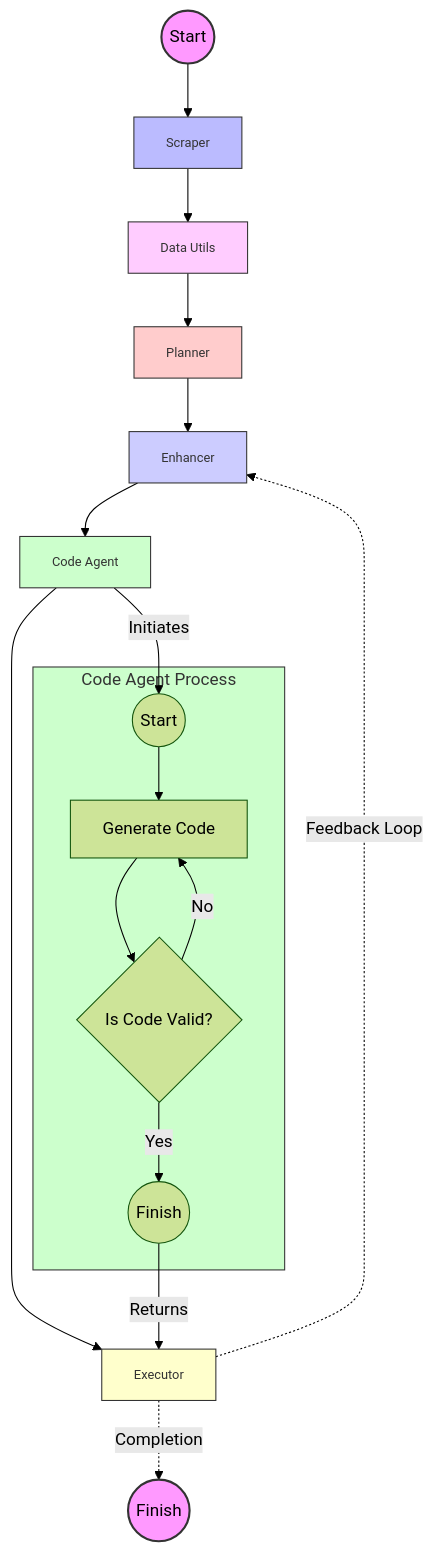
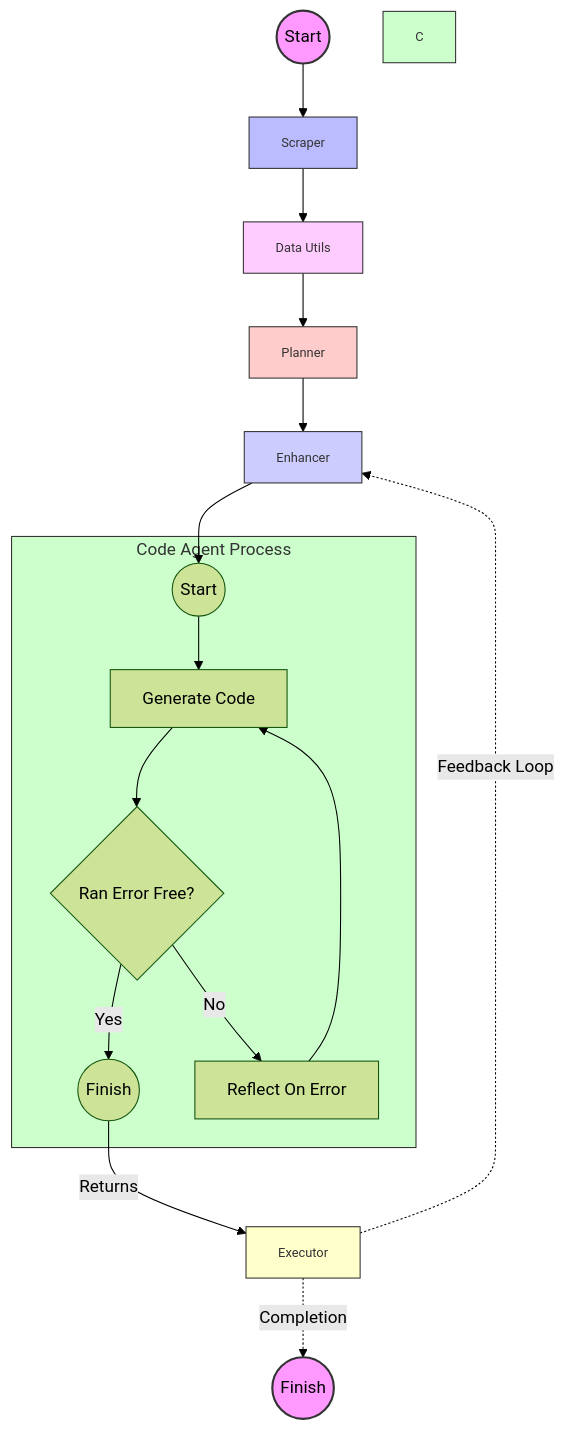
Before and after one commit to MSNP1381/kaggle-Agent: the diagram in README.md, drawn with Mermaid (forest theme). The commit also changed other lines of this file and 23 other files, not shown here.

````diff
--- a/README.md
+++ b/README.md
@@ -36,46 +36,47 @@
 ```mermaid
 graph TB
     %% Define styles
     style A fill:#f9f,stroke:#333,stroke-width:2px
     style H fill:#f9f,stroke:#333,stroke-width:2px
     style B fill:#bbf,stroke:#333,stroke-width:1px
     style C fill:#cfc,stroke:#333,stroke-width:1px
     style D fill:#fcc,stroke:#333,stroke-width:1px
     style E fill:#ffc,stroke:#333,stroke-width:1px
     style F fill:#ccf,stroke:#333,stroke-width:1px
     style G fill:#fcf,stroke:#333,stroke-width:1px
 
     A((Start)) --> B[Scraper]
     B --> G[Data Utils]
     G --> D[Planner]
     D --> F[Enhancer]
-    F --> C[Code Agent]
-    C --> E[Executor]
+    F --> I
     H((Finish))
 
     subgraph Code_Agent_Process [Code Agent Process]
         style Code_Agent_Process fill:#cfc,stroke:#333,stroke-width:1px
         I((Start))
         J[Generate Code]
-        K{Is Code Valid?}
+        K{Ran Error Free?}
         L((Finish))
+        M[Reflect On Error]
 
         I --> J
         J --> K
         K -- Yes --> L
-        K -- No --> J
+        K -- No --> M
+        M --> J
     end
 
     %% Link the main process to subgraph
-    C -->|Initiates| I
-    L -->|Returns| E
+
+    L -->|Returns| E[Executor]
 
     %% Annotations
     classDef annotation fill:#fff,stroke:none,color:#333,font-size:12px;
     class B,G,D,F,C,E annotation;
 
     %% Annotating Feedback Loops
     E -. Feedback Loop .-> F
     E -. Completion .-> H
 
 ```
````
